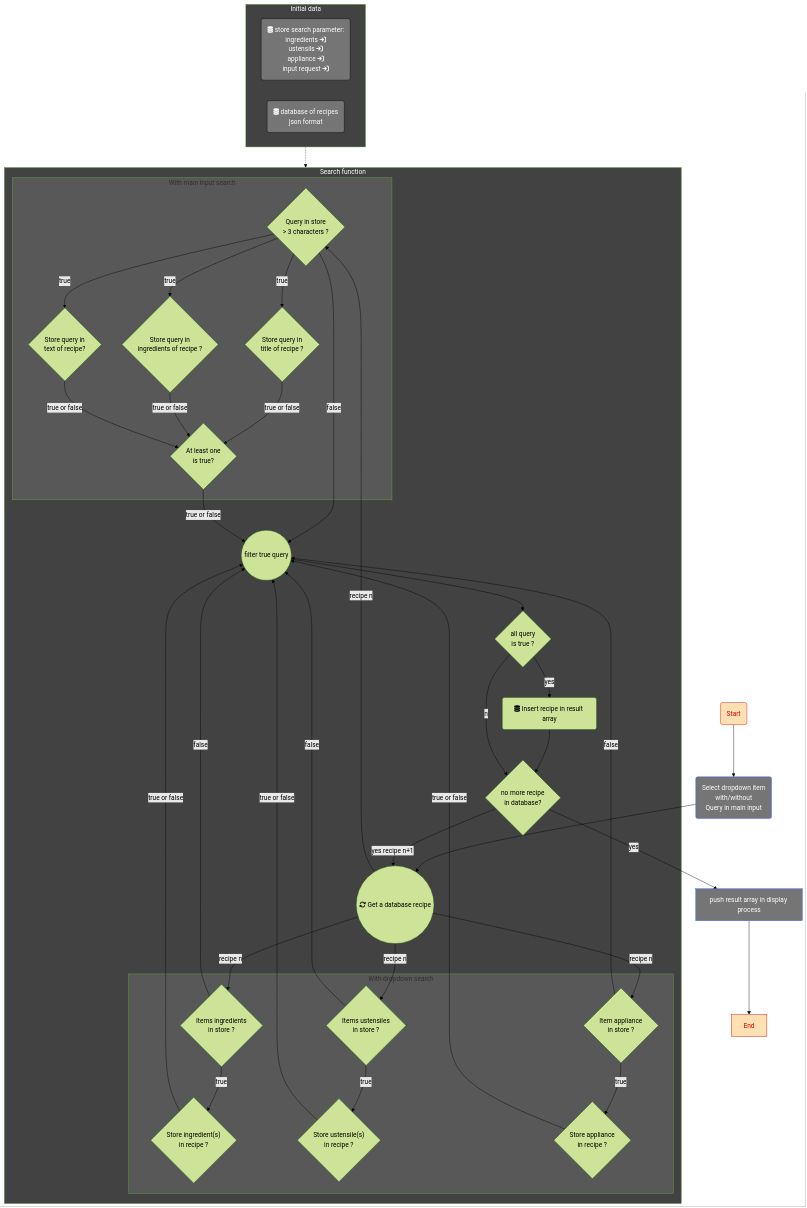
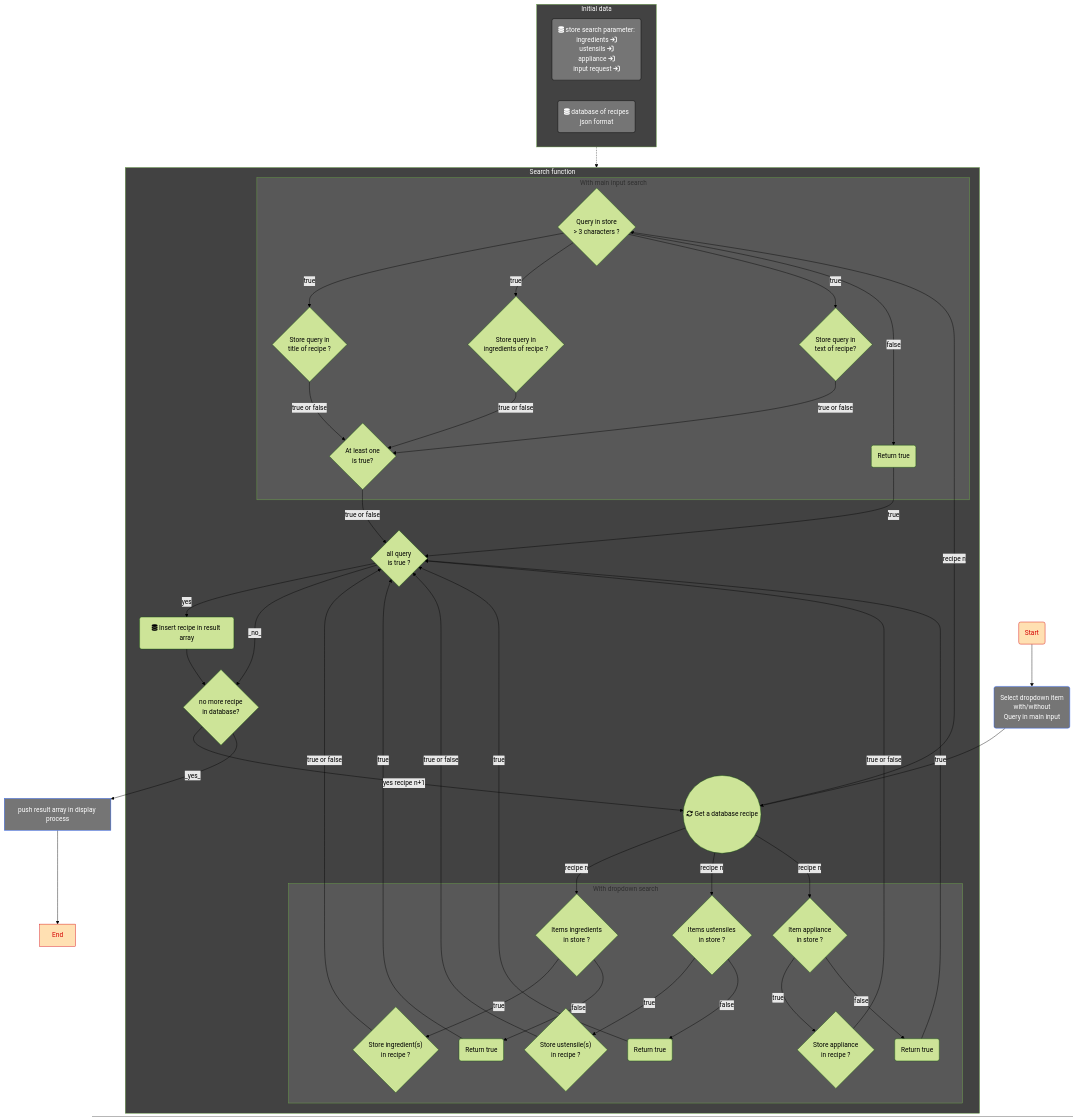
The diagram in README.md (fbedouet/OC-Project_7--LesPetitsPlats), drawn with Mermaid (forest theme) before and after one commit. The commit also changed 1 other file, not shown here.

Commit message:
doc(update): Modification of the main search flowchart to make it more comprehensible

```diff
--- a/README.md
+++ b/README.md
@@ -28,7 +28,6 @@
   end
  subgraph search["Search function"]
         get(("fa:fa-arrows-rotate Get a database recipe"))
-        filter(("filter true query"))
         processing{all query
                     is true ?}
         result("fa:fa-database Insert recipe in result array")
@@ -47,6 +46,9 @@
                         in recipe ?"}
             test-app{"Store appliance
                         in recipe ?"}
+            falseIng(Return true)
+            falseUst(Return true)
+            falseApp(Return true)
         end
         subgraph testInput["With main input search"]
             test-query{"Query in store
@@ -59,6 +61,7 @@
                         text of recipe?"}
             callback{"At least one
                         is true?"}
+            falseQuery(Return true)
         end
   end
 
@@ -73,27 +76,27 @@
     get -- recipe n --> isApp--true-->test-app
     get -- recipe n -->test-query
 
-    isIng --false-->filter
-    isUst --false-->filter
-    isApp --false-->filter
+    isIng --false-->falseIng--true-->processing
+    isUst --false-->falseUst--true-->processing
+    isApp --false-->falseApp--true-->processing
 
-    test-ing -- true or false --> filter
-    test-ust -- true or false --> filter
-    test-app -- true or false --> filter
+    test-ing -- true or false --> processing
+    test-ust -- true or false --> processing
+    test-app -- true or false --> processing
 
     test-query--true-->test-title
     test-query--true-->test-desc
     test-query--true-->test-ingq
-    test-query--false-->filter
+    test-query--false-->falseQuery--true-->processing
 
     test-title-- true or false-->callback
     test-desc--true or false-->callback
     test-ingq--true or false-->callback
-    callback--true or false-->filter
+    callback--true or false-->processing
 
-    filter-->processing--yes-->result-->endList--yes recipe n+1 -->get
-    processing--no-->endList
-    endList--yes-->display["push result array in display process"]-->finish[End]
+    processing--yes-->result-->endList--yes recipe n+1 -->get
+    processing--_no_-->endList
+    endList--_yes_-->display["push result array in display process"]-->finish[End]
 
 
 
```
